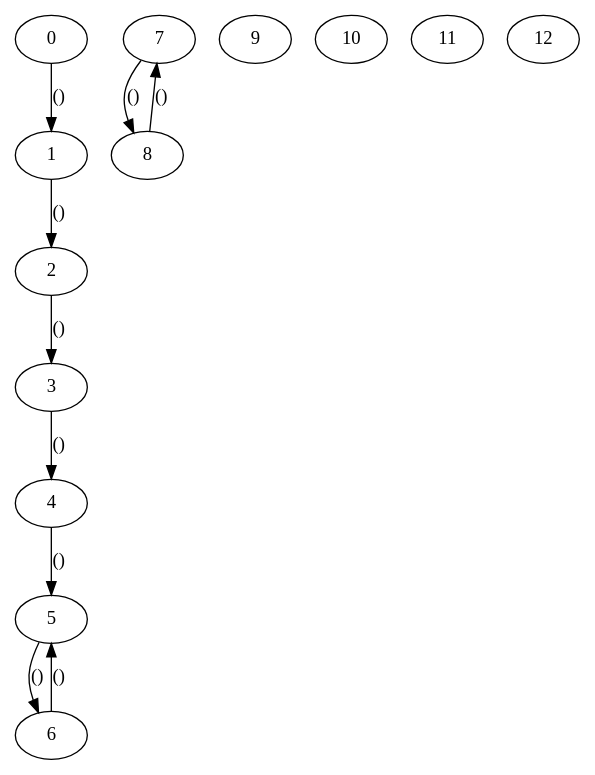
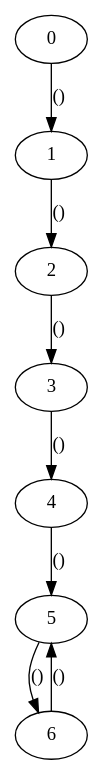
One commit to jakubslowik/dddd changed the diagram in workflow.dot. Above: the diagram before and after it, drawn with Graphviz.

```diff
--- a/workflow.dot
+++ b/workflow.dot
@@ -1,28 +1,17 @@
 
 digraph G {
 u0[label="0"];
 u1[label="1"];
 u2[label="2"];
 u3[label="3"];
 u4[label="4"];
 u5[label="5"];
 u6[label="6"];
-u7[label="7"];
-u8[label="8"];
-u9[label="9"];
-u10[label="10"];
-u11[label="11"];
-u12[label="12"];
 u0 -> u1[label="()"];
 u1 -> u2[label="()"];
 u2 -> u3[label="()"];
 u3 -> u4[label="()"];
 u4 -> u5[label="()"];
 u5 -> u6[label="()"];
 u6 -> u5[label="()"];
-u7 -> u8[label="()"];
-u8 -> u7[label="()"];
-
-
-
 }
```
